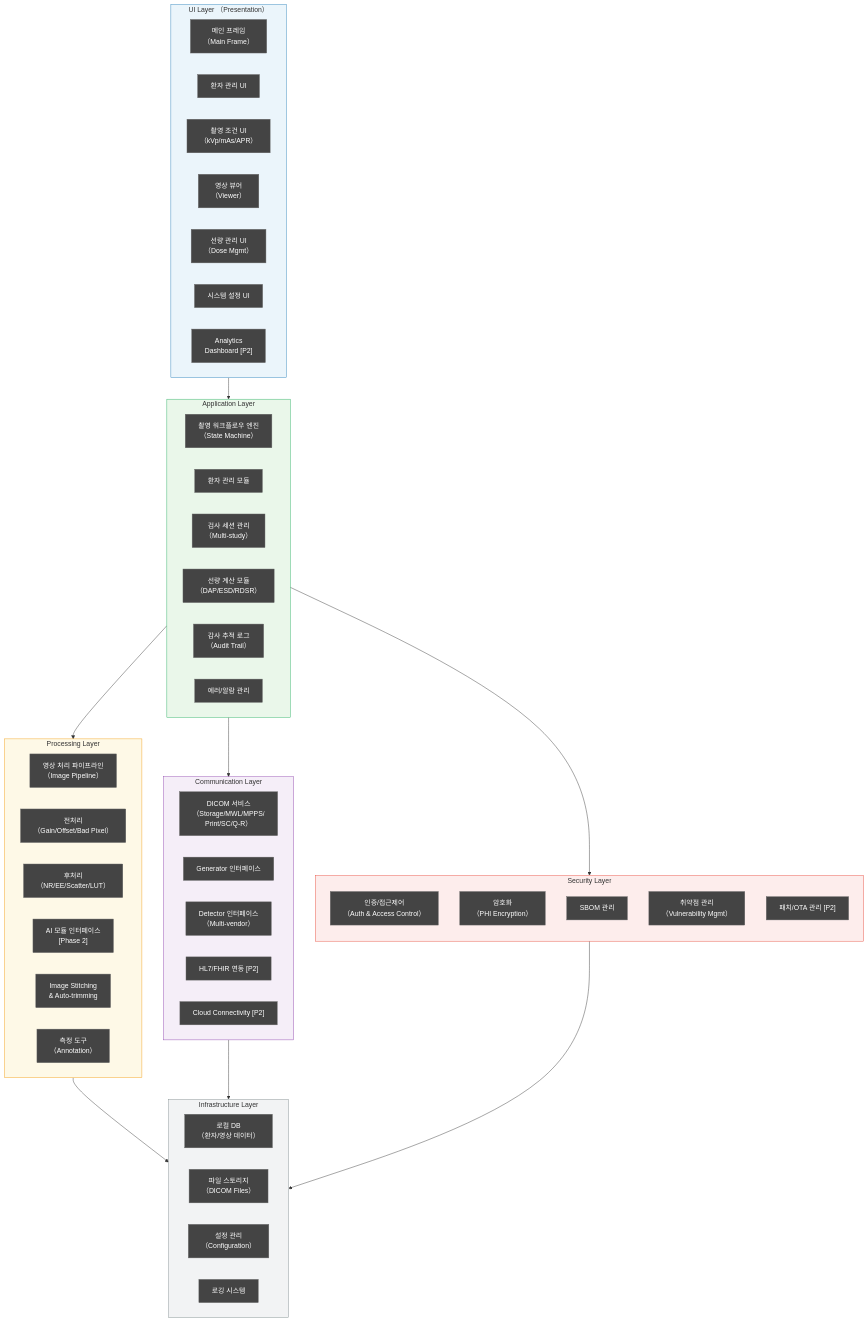
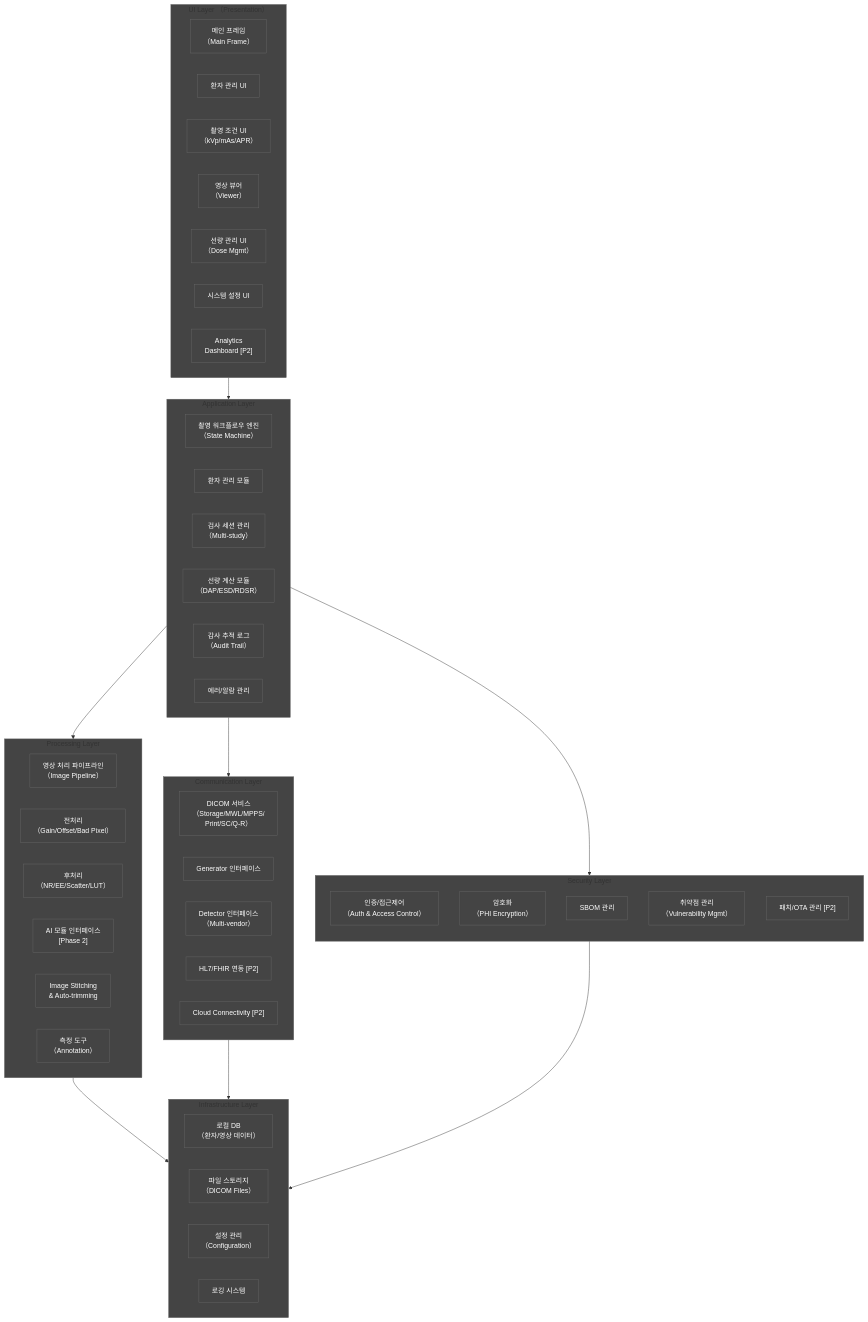
The eighth of 10 diagrams in docs/management/WBS-001_WBS_v1.0.md (holee9/console-gui), drawn with Mermaid before and after one commit. The commit also changed other lines of this file and 35 other files, not shown here.

First line of the commit message:
fix: 전체 Mermaid 차트 색상 진한 회색 통일

````diff
--- a/docs/management/WBS-001_WBS_v1.0.md
+++ b/docs/management/WBS-001_WBS_v1.0.md
@@ -498,75 +498,75 @@
 ```mermaid
 flowchart TB
     classDef default fill:#444,stroke:#666,color:#fff
     subgraph UI["UI Layer （Presentation）"]
         direction LR
         MainUI["메인 프레임\n（Main Frame）"]
         PatientUI["환자 관리 UI"]
         AcqUI["촬영 조건 UI\n（kVp/mAs/APR）"]
         ViewerUI["영상 뷰어\n（Viewer）"]
         DoseUI["선량 관리 UI\n（Dose Mgmt）"]
         SettingsUI["시스템 설정 UI"]
         AnalyticsUI["Analytics\nDashboard [P2]"]
     end
 
     subgraph App["Application Layer"]
         direction LR
         WorkflowEngine["촬영 워크플로우 엔진\n（State Machine）"]
         PatientMgr["환자 관리 모듈"]
         SessionMgr["검사 세션 관리\n（Multi-study）"]
         DoseMgr["선량 계산 모듈\n（DAP/ESD/RDSR）"]
         AuditLog["감사 추적 로그\n（Audit Trail）"]
         AlertMgr["에러/알람 관리"]
     end
 
     subgraph Proc["Processing Layer"]
         direction LR
         ImgPipeline["영상 처리 파이프라인\n（Image Pipeline）"]
         PreProc["전처리\n（Gain/Offset/Bad Pixel）"]
         PostProc["후처리\n（NR/EE/Scatter/LUT）"]
         AIInterface["AI 모듈 인터페이스\n[Phase 2]"]
         ImgStitch["Image Stitching\n& Auto-trimming"]
         MeasureTool["측정 도구\n（Annotation）"]
     end
 
     subgraph Comm["Communication Layer"]
         direction LR
         DICOMSvc["DICOM 서비스\n（Storage/MWL/MPPS/\nPrint/SC/Q-R）"]
         GeneratorIF["Generator 인터페이스"]
         DetectorIF["Detector 인터페이스\n（Multi-vendor）"]
         HL7FHIR["HL7/FHIR 연동 [P2]"]
         CloudConn["Cloud Connectivity [P2]"]
     end
 
     subgraph Sec["Security Layer"]
         direction TB
         AuthAC["인증/접근제어\n（Auth & Access Control）"]
         Encrypt["암호화\n（PHI Encryption）"]
         SBOM["SBOM 관리"]
         VulnMgmt["취약점 관리\n（Vulnerability Mgmt）"]
         PatchMgr["패치/OTA 관리 [P2]"]
     end
 
     subgraph Infra["Infrastructure Layer"]
         direction LR
         DB["로컬 DB\n（환자/영상 데이터）"]
         FileStore["파일 스토리지\n（DICOM Files）"]
         ConfigMgr["설정 관리\n（Configuration）"]
         LogSys["로깅 시스템"]
     end
 
     UI --> App
     App --> Proc
     App --> Comm
     App --> Sec
     Proc --> Infra
     Comm --> Infra
     Sec --> Infra
 
-    style UI fill:#EBF5FB,stroke:#2980B9
-    style App fill:#EAF7EA,stroke:#27AE60
-    style Proc fill:#FEF9E7,stroke:#F39C12
-    style Comm fill:#F5EEF8,stroke:#8E44AD
-    style Sec fill:#FDEDEC,stroke:#E74C3C
-    style Infra fill:#F2F3F4,stroke:#7F8C8D
+    style UI fill:#444,stroke:#666
+    style App fill:#444,stroke:#666
+    style Proc fill:#444,stroke:#666
+    style Comm fill:#444,stroke:#666
+    style Sec fill:#444,stroke:#666
+    style Infra fill:#444,stroke:#666
 ```
````
